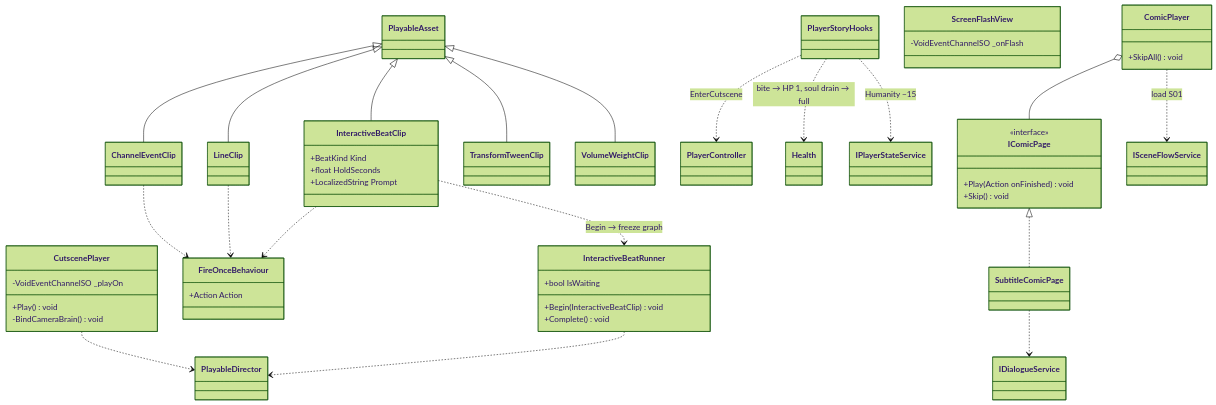
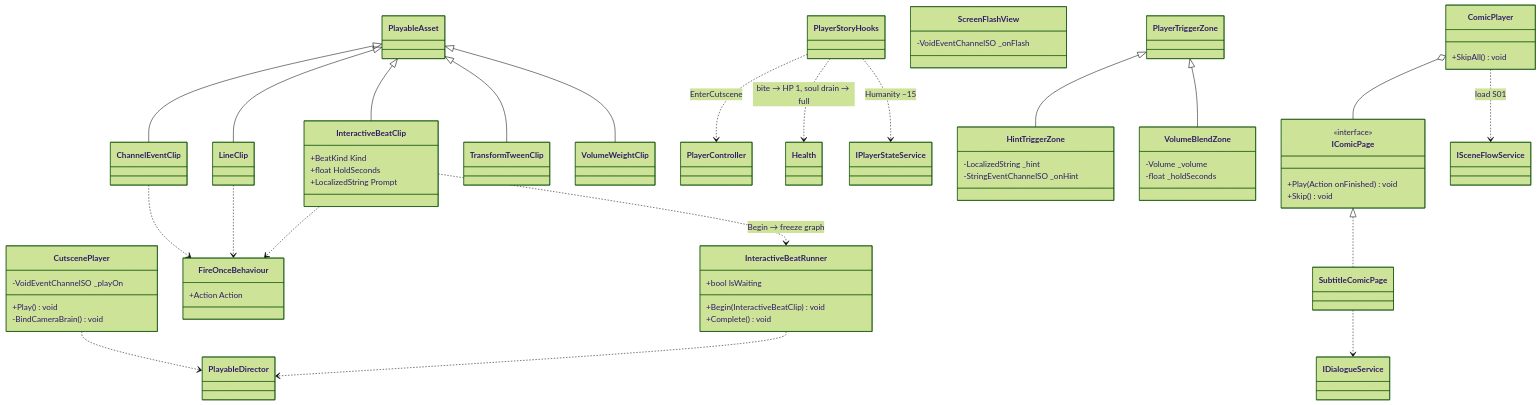
Before and after one commit to Seeiwdum/Hollow-Chains: diagram 13 of 14 in Docs/P1/CLASS_DIAGRAM.md, drawn with Mermaid (forest theme). The commit also changed 2 other files, not shown here.

Commit message:
docs(p5): log SC-01..03 hints, warm tone and mist (D-043), class diagram

````diff
--- a/Docs/P1/CLASS_DIAGRAM.md
+++ b/Docs/P1/CLASS_DIAGRAM.md
@@ -822,58 +822,68 @@
 ```mermaid
 classDiagram
     class CutscenePlayer {
         -VoidEventChannelSO _playOn
         +Play() void
         -BindCameraBrain() void
     }
     class InteractiveBeatRunner {
         +bool IsWaiting
         +Begin(InteractiveBeatClip) void
         +Complete() void
     }
     class FireOnceBehaviour {
         +Action Action
     }
     class ChannelEventClip
     class LineClip
     class InteractiveBeatClip {
         +BeatKind Kind
         +float HoldSeconds
         +LocalizedString Prompt
     }
     class TransformTweenClip
     class VolumeWeightClip
     PlayableAsset <|-- ChannelEventClip
     PlayableAsset <|-- LineClip
     PlayableAsset <|-- InteractiveBeatClip
     PlayableAsset <|-- TransformTweenClip
     PlayableAsset <|-- VolumeWeightClip
     ChannelEventClip ..> FireOnceBehaviour
     LineClip ..> FireOnceBehaviour
     InteractiveBeatClip ..> FireOnceBehaviour
     InteractiveBeatClip ..> InteractiveBeatRunner : Begin → freeze graph
     CutscenePlayer ..> PlayableDirector
     InteractiveBeatRunner ..> PlayableDirector
 
     class PlayerStoryHooks
     PlayerStoryHooks ..> PlayerController : EnterCutscene
     PlayerStoryHooks ..> Health : bite → HP 1, soul drain → full
     PlayerStoryHooks ..> IPlayerStateService : Humanity −15
     class ScreenFlashView {
         -VoidEventChannelSO _onFlash
     }
+    class HintTriggerZone {
+        -LocalizedString _hint
+        -StringEventChannelSO _onHint
+    }
+    class VolumeBlendZone {
+        -Volume _volume
+        -float _holdSeconds
+    }
+    PlayerTriggerZone <|-- HintTriggerZone
+    PlayerTriggerZone <|-- VolumeBlendZone
 
     class IComicPage {
         <<interface>>
         +Play(Action onFinished) void
         +Skip() void
     }
     class SubtitleComicPage
     class ComicPlayer {
         +SkipAll() void
     }
     IComicPage <|.. SubtitleComicPage
     ComicPlayer o-- IComicPage
     SubtitleComicPage ..> IDialogueService
     ComicPlayer ..> ISceneFlowService : load S01
 ```
````
